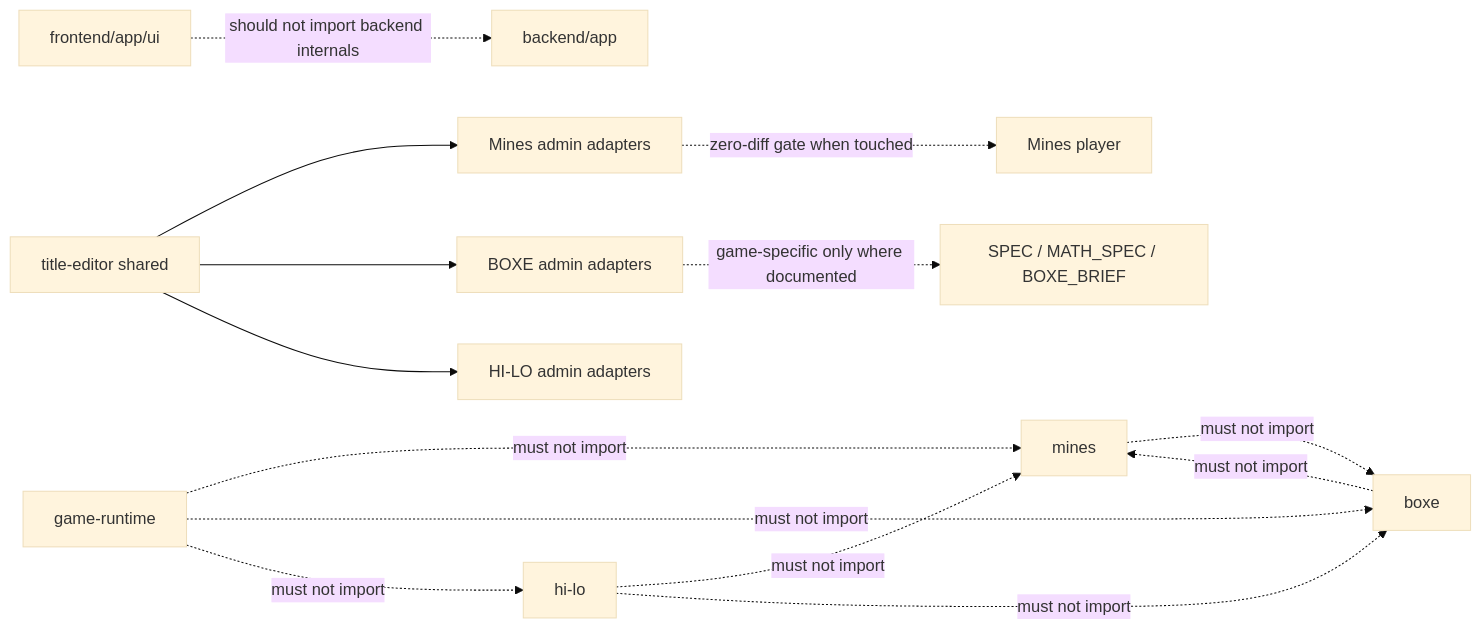
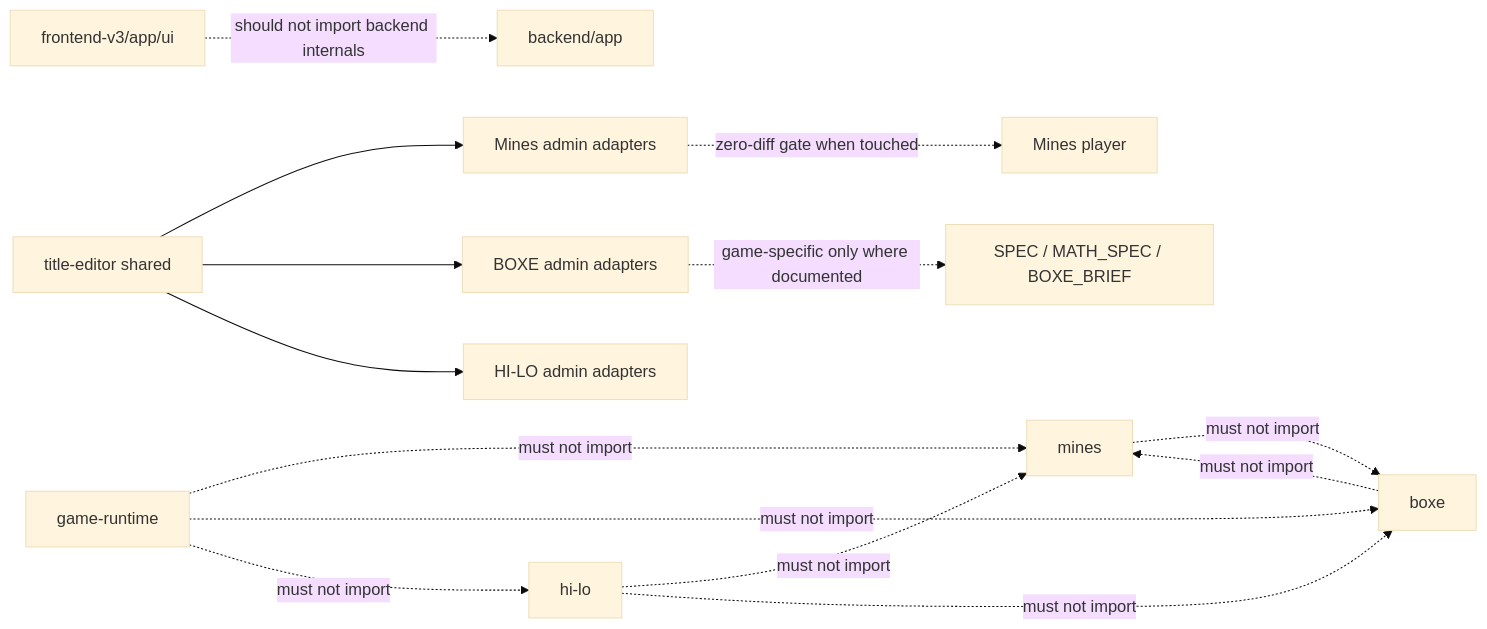
One commit to moromike/casinoking-platform changed the tenth of 11 diagrams in docs/CODE_ARCHITECTURE_MERMAID_MAP_2026-05-22.md. Above: the diagram before and after it, drawn with Mermaid (base theme). The commit also changed other lines of this file and 209 other files, not shown here.

````diff
--- a/docs/CODE_ARCHITECTURE_MERMAID_MAP_2026-05-22.md
+++ b/docs/CODE_ARCHITECTURE_MERMAID_MAP_2026-05-22.md
@@ -536,17 +527,17 @@
 ```mermaid
 flowchart LR
   Runtime["game-runtime"] -. must not import .-> Mines["mines"]
   Runtime -. must not import .-> Boxe["boxe"]
   Runtime -. must not import .-> HiLo["hi-lo"]
   Mines -. must not import .-> Boxe
   Boxe -. must not import .-> Mines
   HiLo -. must not import .-> Mines
   HiLo -. must not import .-> Boxe
-  Frontend["frontend/app/ui"] -. should not import backend internals .-> Backend["backend/app"]
+  Frontend["frontend-v3/app/ui"] -. should not import backend internals .-> Backend["backend/app"]
 
   TitleEditor["title-editor shared"] --> MinesAdmin["Mines admin adapters"]
   TitleEditor --> BoxeAdmin["BOXE admin adapters"]
   TitleEditor --> HiLoAdmin["HI-LO admin adapters"]
   MinesAdmin -. zero-diff gate when touched .-> MinesPlayer["Mines player"]
   BoxeAdmin -. game-specific only where documented .-> BoxeDocs["SPEC / MATH_SPEC / BOXE_BRIEF"]
 ```
````
